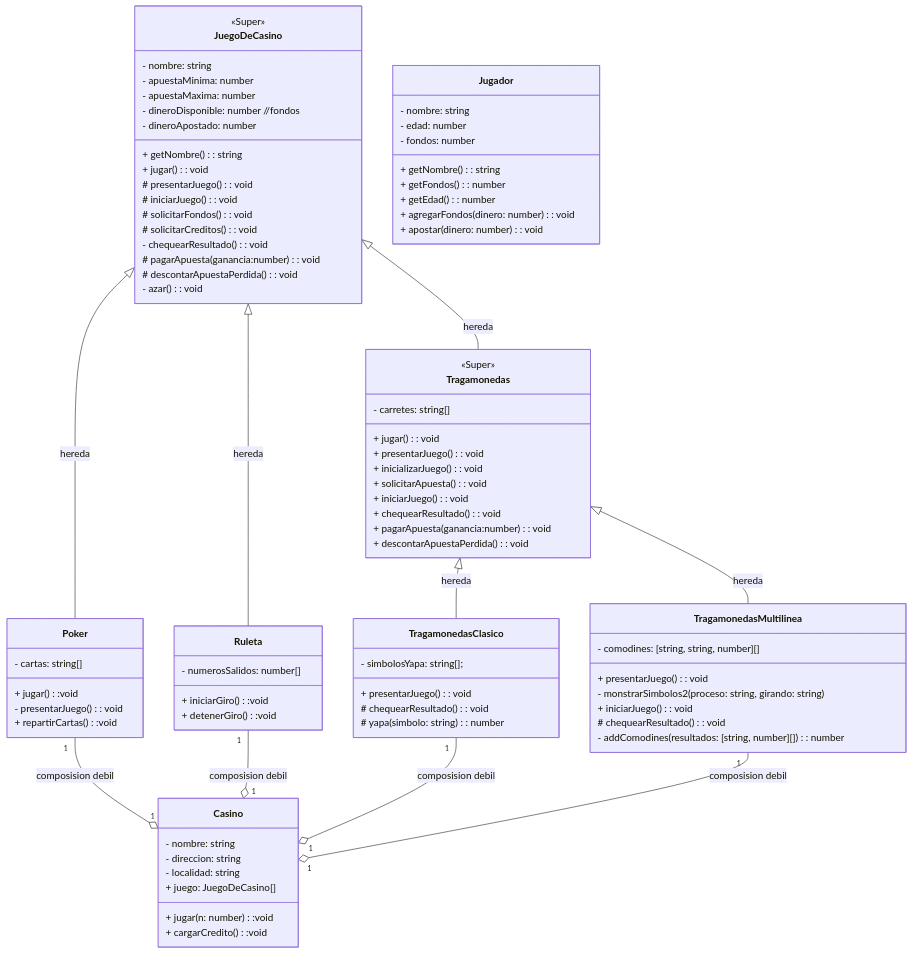
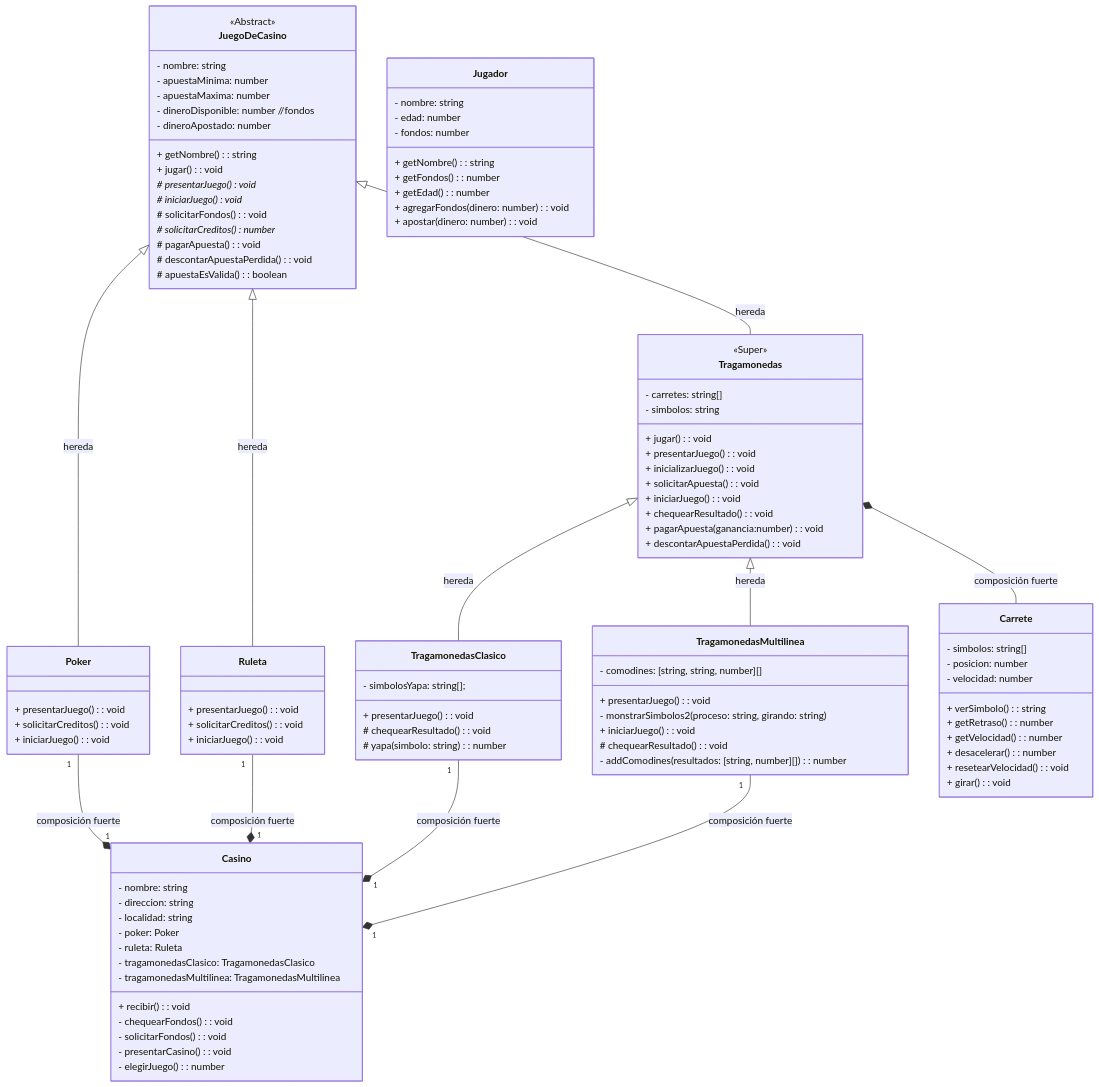
One commit to elMarito/POO-Casino changed the diagram in README.md. Above: the diagram before and after it, drawn with Mermaid. The commit also changed other lines of this file, not shown here.

````diff
--- a/README.md
+++ b/README.md
@@ -29,46 +40,53 @@
 ```mermaid
 classDiagram
 
-%%Casino "0..n" o-- "1" JuegoDeCasino
+JuegoDeCasino <|-- Tragamonedas : hereda
+JuegoDeCasino <|-- Poker : hereda
+JuegoDeCasino <|-- Ruleta : hereda
 
-%% JuegoDeCasino <|-- Poker: herencia
-%% JuegoDeCasino <|-- Ruleta: herencia
-Poker "1" --o "1" Casino: composision debil
-Ruleta "1" --o "1" Casino: composision debil
-TragamonedasClasico "1" --o "1" Casino: composision debil
-TragamonedasMultilinea "1" --o "1" Casino: composision debil
-
-JuegoDeCasino<|-- Tragamonedas : hereda
-JuegoDeCasino<|-- Poker : hereda
-JuegoDeCasino<|-- Ruleta : hereda
+Poker "1" --* "1" Casino: composición fuerte
+Ruleta "1" --* "1" Casino: composición fuerte
+TragamonedasClasico "1" --* "1" Casino: composición fuerte
+TragamonedasMultilinea "1" --* "1" Casino: composición fuerte
 
 Tragamonedas <|-- TragamonedasClasico : hereda
 Tragamonedas <|-- TragamonedasMultilinea : hereda
-%%--------------------------------------------
+
+Tragamonedas *-- Carrete : composición fuerte
+
 class Casino {
     - nombre: string
     - direccion: string
     - localidad: string
-    + juego: JuegoDeCasino[]
+    - poker: Poker
+    - ruleta: Ruleta
+    - tragamonedasClasico: TragamonedasClasico
+    - tragamonedasMultilinea: TragamonedasMultilinea
+    
+    + recibir(): void
+    - chequearFondos(): void
+    - solicitarFondos(): void
+    - presentarCasino(): void
+    - elegirJuego(): number
+}
+%%--------------------------------------------
+class Carrete {
+- simbolos: string[]
+- posicion: number
+- velocidad: number
 
-    + jugar(n: number):void
-    + cargarCredito():void
++ verSimbolo(): string
++ getRetraso(): number
++ getVelocidad(): number
++ desacelerar(): number
++ resetearVelocidad(): void
++ girar(): void
 }
-
-
-    %% presentarJuego(): void
-    %% inicializarJuego(): void
-    %% solicitarApuesta(): void
-    %% iniciarJuego(): void
-    %% chequearResultado(): void
-    %% pagarApuesta(ganancia:number): void
-    %% descontarApuestaPerdida(): void
-    %% azar(): void
-
 %%--------------------------------------------
 class Tragamonedas {
     <<Super>>
     - carretes: string[]
+    - simbolos: string
 
     + jugar(): void
     + presentarJuego(): void
@@ -99,49 +117,55 @@
 }
 %%--------------------------------------------
 class Poker {
-    - cartas: string[]
-
-    + jugar():void
-    - presentarJuego(): void
-    + repartirCartas():void
+    + presentarJuego(): void
+    + solicitarCreditos(): void
+    + iniciarJuego(): void
 }
 %%--------------------------------------------
 class Ruleta {
-    - numerosSalidos: number[]
-    + iniciarGiro():void
-    + detenerGiro():void
+    + presentarJuego(): void
+    + solicitarCreditos(): void
+    + iniciarJuego(): void
 }
 %%--------------------------------------------
-<<Super>> JuegoDeCasino
+<<Abstract>> JuegoDeCasino
 class JuegoDeCasino {
     - nombre: string
     - apuestaMinima: number
     - apuestaMaxima: number
     - dineroDisponible: number //fondos
     - dineroApostado: number
-
+    
     + getNombre(): string
     + jugar(): void
-    # presentarJuego(): void
-    # iniciarJuego(): void
-    %% inicializarJuego(): void
+    # presentarJuego()* void
+    # iniciarJuego()* void
     # solicitarFondos(): void
-    # solicitarCreditos(): void
-    - chequearResultado(): void
-    # pagarApuesta(ganancia:number): void
+    # solicitarCreditos()* number
+    # pagarApuesta(): void
     # descontarApuestaPerdida(): void
-    - azar(): void
+    # apuestaEsValida(): boolean
 }
 %%--------------------------------------------
-class Jugador{
+class Jugador {
     - nombre: string
     - edad: number
     - fondos: number
 
-    + getNombre(): string
++ getNombre(): string
     + getFondos(): number
     + getEdad(): number
     + agregarFondos(dinero: number): void
     + apostar(dinero: number): void
 }
+%%--------------------------------------------
+link JuegoDeCasino "https://github.com/elMarito/POO-Casino/blob/main/src/JuegoDeCasinoAbstract.ts" "JuegoDeCasinoAbstract.ts"
+link Tragamonedas "https://github.com/elMarito/POO-Casino/blob/main/src/tragamonedas.ts" "tragamonedas.ts"
+link Carrete "https://github.com/elMarito/POO-Casino/blob/main/src/tragamonedas.ts" "tragamonedas.ts"
+link Poker "https://github.com/elMarito/POO-Casino/blob/main/src/poker.ts" "poker.ts"
+link Ruleta "https://github.com/elMarito/POO-Casino/blob/main/src/ruleta.ts" "ruleta.ts"
+link Casino "https://github.com/elMarito/POO-Casino/blob/main/src/casino.ts" "casino.ts"
+link TragamonedasClasico "https://github.com/elMarito/POO-Casino/blob/main/src/TragamonedasClasico.ts" "TragamonedasClasico.ts"
+link TragamonedasMultilinea "https://github.com/elMarito/POO-Casino/blob/main/src/TragamonedasMultilinea.ts" "TragamonedasMultilinea.ts"
+link Jugador "https://github.com/elMarito/POO-Casino/blob/main/src/jugador.ts" "jugador.ts"
 ```
````
